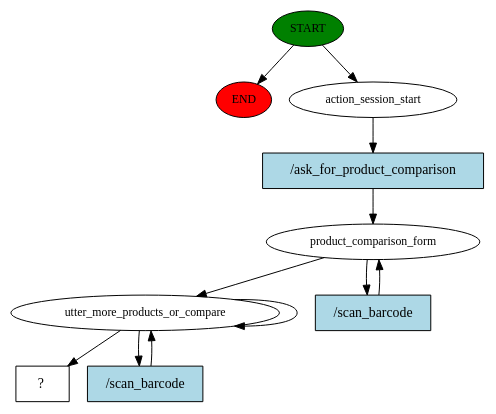
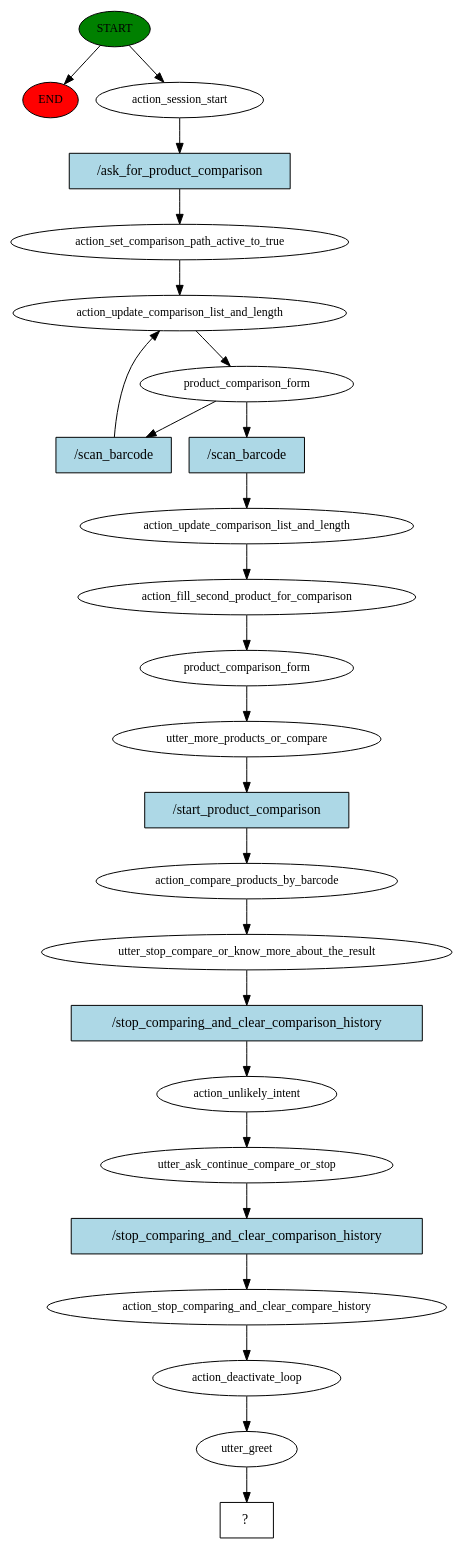
Before and after one commit to ronskoro/KISuscheck: the diagram in Rasa/story_graph.dot, drawn with Graphviz. The commit also changed 15 other files, not shown here.

Commit message:
compare path can be stopped

```diff
--- a/Rasa/story_graph.dot
+++ b/Rasa/story_graph.dot
@@ -1,22 +1,50 @@
 digraph  {
 0 [class="start active", fillcolor=green, fontsize=12, label=START, style=filled];
 "-1" [class=end, fillcolor=red, fontsize=12, label=END, style=filled];
 1 [class=active, fontsize=12, label=action_session_start];
-2 [class=active, fontsize=12, label=product_comparison_form];
-5 [class=active, fontsize=12, label=utter_more_products_or_compare];
-9 [class="intent dashed active", label="  ?  ", shape=rect];
-10 [class="intent active", fillcolor=lightblue, label="/ask_for_product_comparison", shape=rect, style=filled];
-11 [class="intent active", fillcolor=lightblue, label="/scan_barcode", shape=rect, style=filled];
-12 [class="intent active", fillcolor=lightblue, label="/scan_barcode", shape=rect, style=filled];
+2 [class=active, fontsize=12, label=action_set_comparison_path_active_to_true];
+3 [class=active, fontsize=12, label=action_update_comparison_list_and_length];
+4 [class=active, fontsize=12, label=product_comparison_form];
+7 [class=active, fontsize=12, label=action_update_comparison_list_and_length];
+8 [class=active, fontsize=12, label=action_fill_second_product_for_comparison];
+9 [class=active, fontsize=12, label=product_comparison_form];
+10 [class=active, fontsize=12, label=utter_more_products_or_compare];
+11 [class=active, fontsize=12, label=action_compare_products_by_barcode];
+12 [class=active, fontsize=12, label=utter_stop_compare_or_know_more_about_the_result];
+13 [class=active, fontsize=12, label=action_unlikely_intent];
+14 [class=active, fontsize=12, label=utter_ask_continue_compare_or_stop];
+15 [class=active, fontsize=12, label=action_stop_comparing_and_clear_compare_history];
+16 [class=active, fontsize=12, label=action_deactivate_loop];
+17 [class=active, fontsize=12, label=utter_greet];
+18 [class="intent dashed active", label="  ?  ", shape=rect];
+19 [class="intent active", fillcolor=lightblue, label="/ask_for_product_comparison", shape=rect, style=filled];
+20 [class="intent active", fillcolor=lightblue, label="/scan_barcode", shape=rect, style=filled];
+21 [class="intent active", fillcolor=lightblue, label="/scan_barcode", shape=rect, style=filled];
+22 [class="intent active", fillcolor=lightblue, label="/start_product_comparison", shape=rect, style=filled];
+23 [class="intent active", fillcolor=lightblue, label="/stop_comparing_and_clear_comparison_history", shape=rect, style=filled];
+24 [class="intent active", fillcolor=lightblue, label="/stop_comparing_and_clear_comparison_history", shape=rect, style=filled];
 0 -> "-1"  [class="", key=NONE, label=""];
 0 -> 1  [class=active, key=NONE, label=""];
-1 -> 10  [class=active, key=0];
-2 -> 5  [class=active, key=NONE, label=""];
-2 -> 11  [class=active, key=0];
-5 -> 5  [class=active, key=NONE, label=""];
-5 -> 9  [class=active, key=NONE, label=""];
-5 -> 12  [class=active, key=0];
-10 -> 2  [class=active, key=0];
-11 -> 2  [class=active, key=0];
-12 -> 5  [class=active, key=0];
+1 -> 19  [class=active, key=0];
+2 -> 3  [class=active, key=NONE, label=""];
+3 -> 4  [class=active, key=NONE, label=""];
+4 -> 20  [class=active, key=0];
+4 -> 21  [class=active, key=0];
+7 -> 8  [class=active, key=NONE, label=""];
+8 -> 9  [class=active, key=NONE, label=""];
+9 -> 10  [class=active, key=NONE, label=""];
+10 -> 22  [class=active, key=0];
+11 -> 12  [class=active, key=NONE, label=""];
+12 -> 23  [class=active, key=0];
+13 -> 14  [class=active, key=NONE, label=""];
+14 -> 24  [class=active, key=0];
+15 -> 16  [class=active, key=NONE, label=""];
+16 -> 17  [class=active, key=NONE, label=""];
+17 -> 18  [class=active, key=NONE, label=""];
+19 -> 2  [class=active, key=0];
+20 -> 3  [class=active, key=0];
+21 -> 7  [class=active, key=0];
+22 -> 11  [class=active, key=0];
+23 -> 13  [class=active, key=0];
+24 -> 15  [class=active, key=0];
 }
```
